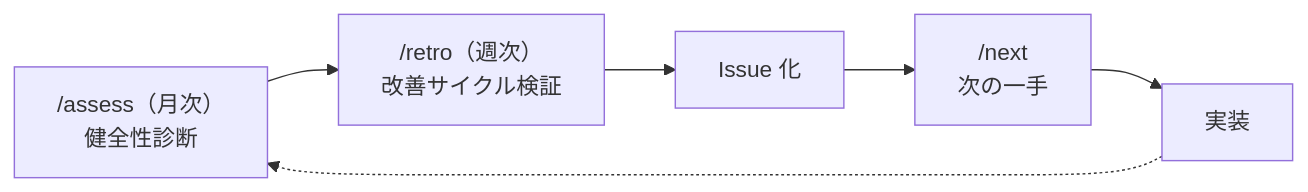
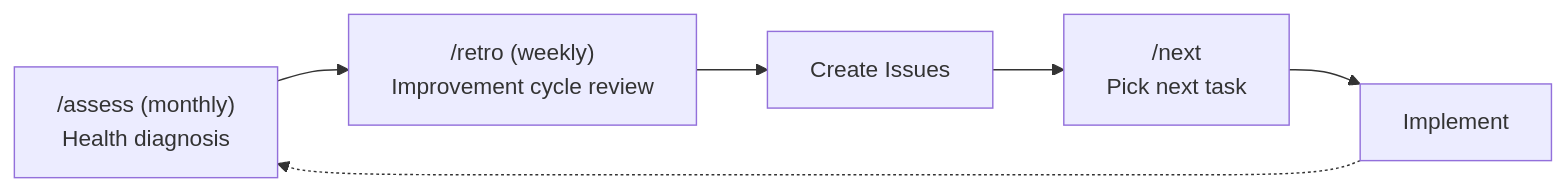
One commit to ka2kama/ringiflow changed the second of 4 diagrams in README.md. Above: the diagram before and after it, drawn with Mermaid. The commit also changed other lines of this file and 2 other files, not shown here.

First line of the commit message:
#663 Create English README (#664)

````diff
--- a/README.md
+++ b/README.md
@@ -113,8 +114,8 @@
 ```mermaid
 flowchart LR
-    A["/assess（月次）<br/>健全性診断"] --> B["/retro（週次）<br/>改善サイクル検証"]
-    B --> C["Issue 化"]
-    C --> D["/next<br/>次の一手"]
-    D --> E["実装"]
+    A["/assess (monthly)<br/>Health diagnosis"] --> B["/retro (weekly)<br/>Improvement cycle review"]
+    B --> C["Create Issues"]
+    C --> D["/next<br/>Pick next task"]
+    D --> E["Implement"]
     E -.-> A
 ```
````
